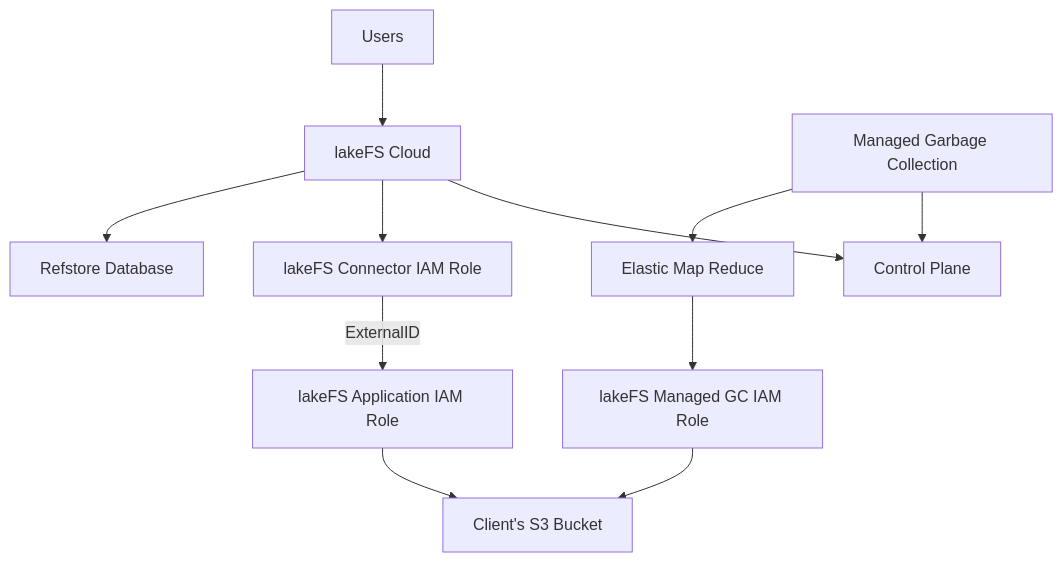
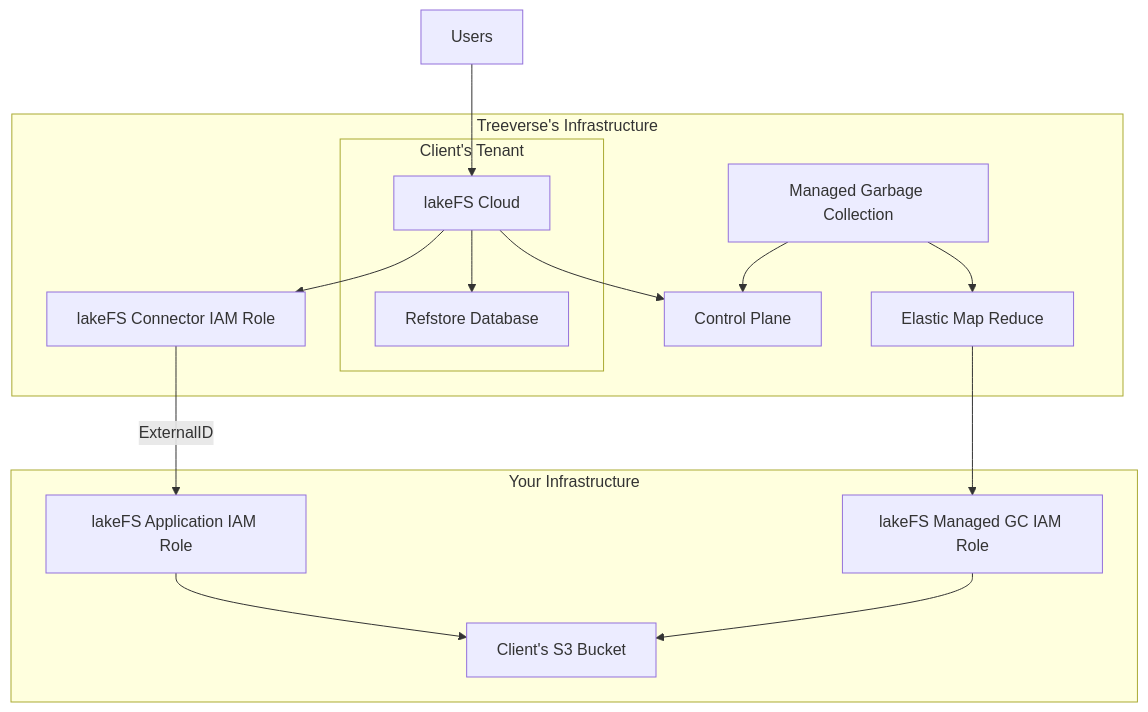
The diagram in docs/cloud/index.md (treeverse/lakeFS), drawn with Mermaid before and after one commit. The commit also changed other lines of this file and 14 other files, not shown here.

````diff
--- a/docs/cloud/index.md
+++ b/docs/cloud/index.md
@@ -31,14 +23,24 @@
 ```mermaid
 flowchart TD
     U[Users] --> LFC
+
+    subgraph Your Infrastructure
+    IAMM[lakeFS Managed GC IAM Role] --> S3[Client's S3 Bucket]
+    IAMA[lakeFS Application IAM Role] --> S3
+    end
+
+    subgraph Treeverse's Infrastructure
     MGC[Managed Garbage Collection] --> EMR[Elastic Map Reduce]
-    EMR --> IAMM[lakeFS Managed GC IAM Role]
-    LFC[lakeFS Cloud] --> DB[Refstore Database]
-    LFC --> IAMC[lakeFS Connector IAM Role]
-    IAMC -->|ExternalID| IAMA[lakeFS Application IAM Role]
-    IAMM --> S3[Client's S3 Bucket]
-    IAMA --> S3
+    EMR --> IAMM
     MGC --> CP
     CP[Control Plane]
     LFC --> CP
+
+        subgraph Client's Tenant
+        LFC[lakeFS Cloud] --> DB[Refstore Database]
+        end
+
+    LFC --> IAMC[lakeFS Connector IAM Role]    
+    IAMC -->|ExternalID| IAMA
+    end
 ```
````
